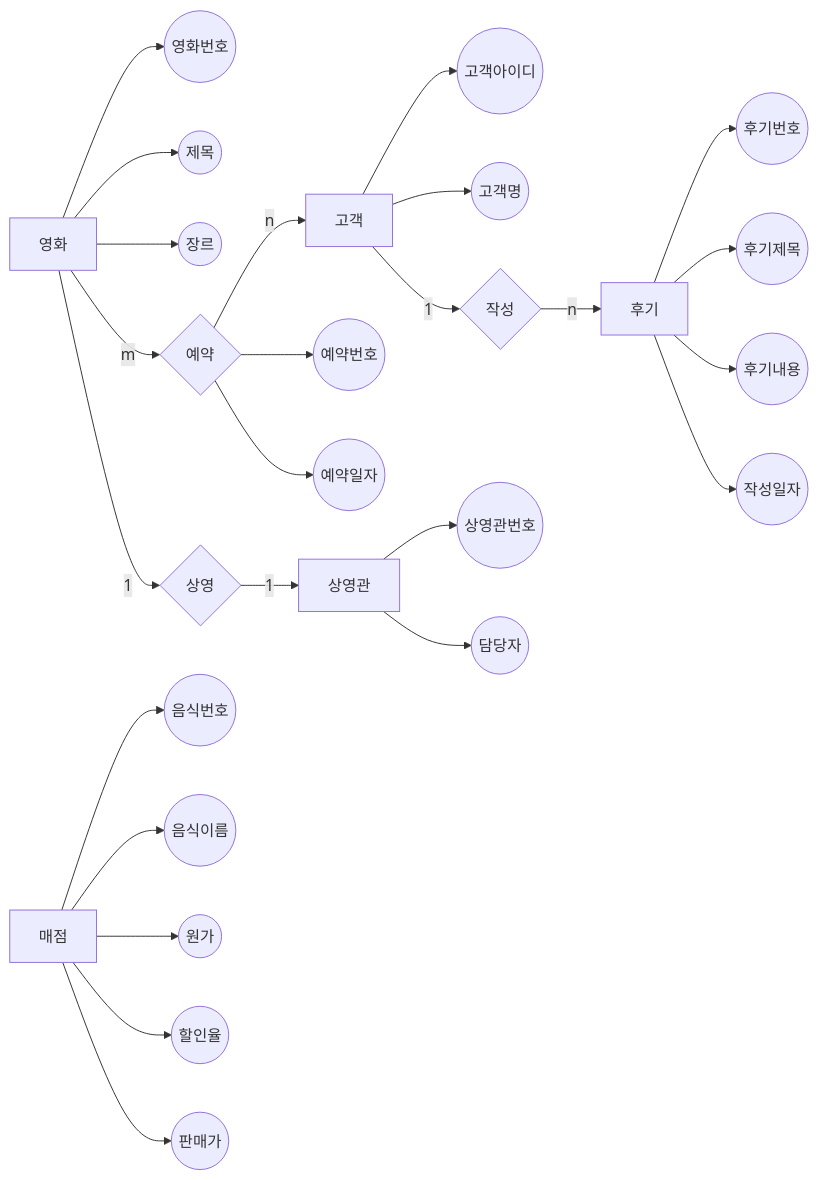
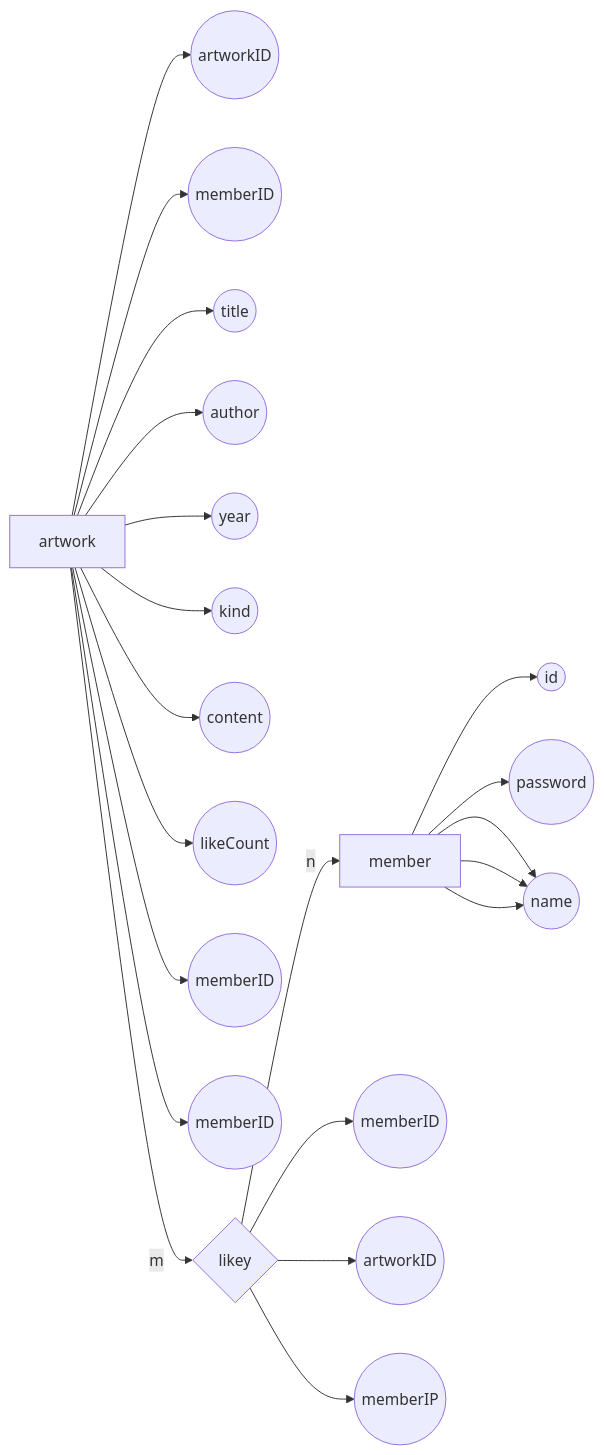
One commit to ydj1215/2022DataBaseProject changed the diagram in README.md. Above: the diagram before and after it, drawn with Mermaid. The commit also changed other lines of this file, not shown here.

````diff
--- a/README.md
+++ b/README.md
@@ -35,33 +35,27 @@
 ```mermaid
 graph LR
-A[영화]
-   A --> B((영화번호))
-   A --> C((제목))
-   A --> D((장르))
-E[고객]
-   E --> F((고객아이디))
-   E --> G((고객명))
-H[상영관]
-   H --> I((상영관번호))
-   H --> J((담당자))
-K[후기]
-   K --> Q((후기번호))
-   K --> R((후기제목))
-   K --> S((후기내용))
-   K --> T((작성일자))
-U[매점]
-   U --> V((음식번호))
-   U --> W((음식이름))
-   U --> X((원가))
-   U --> Y((할인율))
-   U --> Z((판매가))
- A --> |m|a{예약}
- a --> |n|E
- a --> b((예약번호))
- a --> c((예약일자))
- A --> |1|d{상영}
- d --> |1|H
- E --> |1|e{작성}
- e --> |n|K
+A[artwork]
+   A --> B((artworkID))
+   A --> C((memberID))
+   A --> D((title))
+   A --> E((author))
+   A --> F((year))
+   A --> G((kind))
+   A --> H((content))
+   A --> I((likeCount))
+   A --> J((memberID))
+   A --> K((memberID))
+   A --> |m|a
+L[member]
+  L --> M((id))
+  L --> N((password))
+  L --> O((nickname))
+  L --> O((email))
+  L --> O((name))
+a{likey}
+  a --> b((memberID))
+  a --> c((artworkID))
+  a --> d((memberIP))
+  a --> |n|L
 
 ```
````
